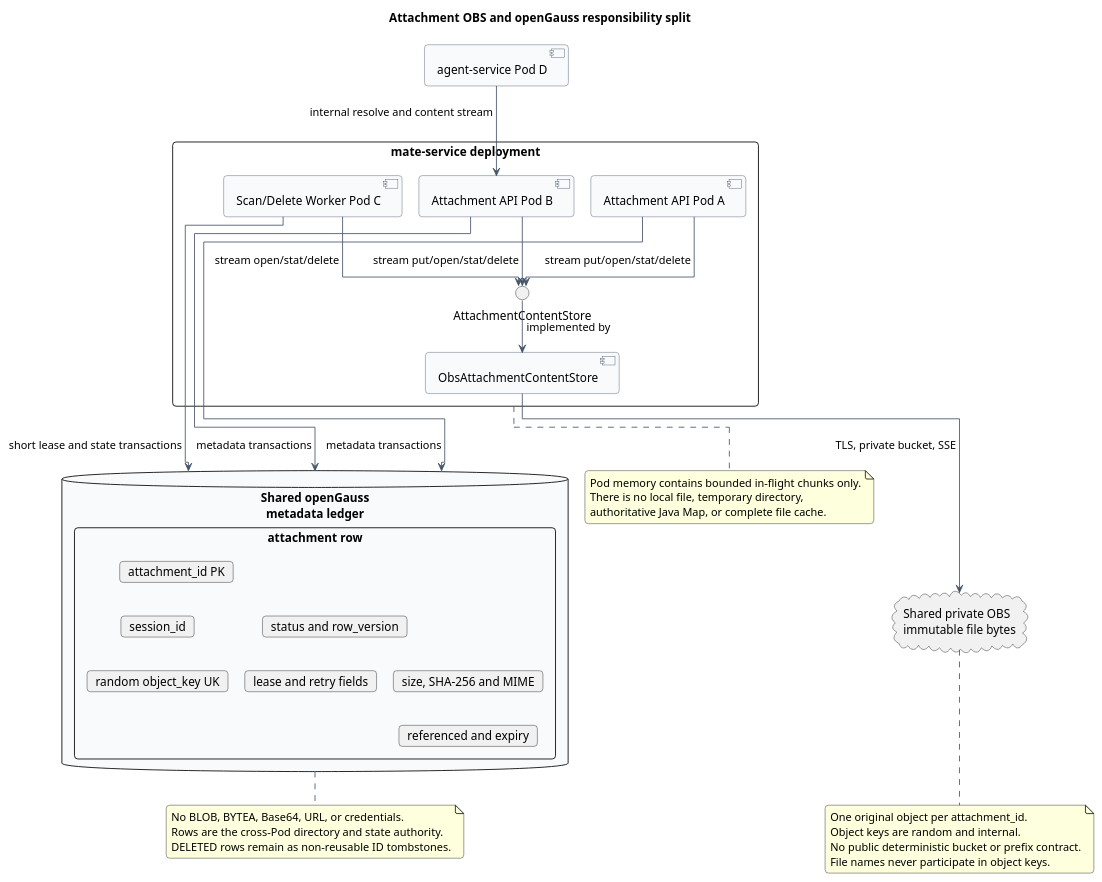
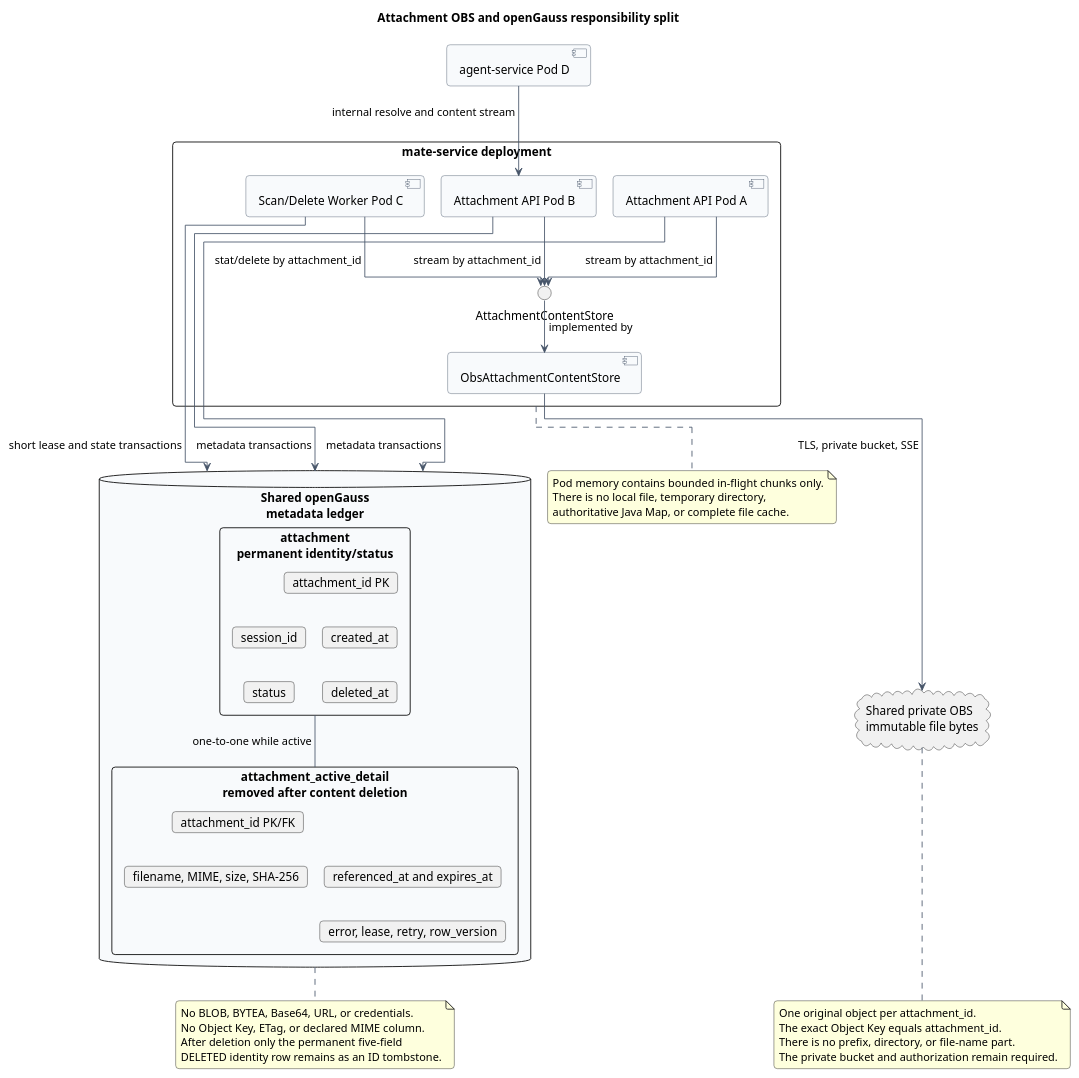
The second of 4 diagrams in campusmate-attachment-service/diagram.puml (superheromeZzh/pi-mono-java-design), drawn with PlantUML before and after one commit. The commit also changed other lines of this file and 18 other files, not shown here.

```diff
--- a/campusmate-attachment-service/diagram.puml
+++ b/campusmate-attachment-service/diagram.puml
@@ -106,81 +108,89 @@
 @startuml attachment_obs_opengauss_storage_split
 !pragma layout elk
 title Attachment OBS and openGauss responsibility split
 left to right direction
 
 ' Source evidence (pi-mono fc85bdd88be93b1e9a6b6bcfa41c684282ec79cc):
 ' packages/ai/src/types.ts, ImageContent, lines 345-349
 ' Source evidence (pi-mono-java 1f7a5423219edfa4519d8719f1cc8a188ed72873):
 ' modules/ai/src/main/java/com/campusclaw/ai/types/ImageContent.java, lines 9-18
 ' External evidence: openGauss 7.0.0-RC3 SQL Reference, Binary Types.
 ' Observed behavior: source images are inline base64; neither baseline defines
 ' a shared large-object authority for generic PDF, script, or document inputs.
 ' Target design: shared OBS owns immutable bytes and shared openGauss owns the
 ' resource directory, state machine, authorization binding, and worker leases.
 ' Architecture change: multiple Pods depend only on shared durable services,
-' never on process memory, local disk, sticky routing, or a deterministic path.
+' never on process memory, local disk, sticky routing, or a stored key mapping.
+' Target design: the exact private OBS Object Key is attachment_id; there is no
+' object_key column, prefix, directory, file-name component, or ETag column.
 ' Design reason: isolate large-object throughput from relational state queries,
 ' WAL, database replication, and database backup and restore operations.
 
 skinparam backgroundColor #FFFFFF
 skinparam shadowing false
 skinparam roundcorner 8
 skinparam ArrowColor #475569
 skinparam ComponentBorderColor #475569
 skinparam ComponentBackgroundColor #F8FAFC
 skinparam DatabaseBorderColor #475569
 skinparam DatabaseBackgroundColor #F8FAFC
 
 rectangle "mate-service deployment" as Mate {
   component "Attachment API Pod A" as PodA
   component "Attachment API Pod B" as PodB
   component "Scan/Delete Worker Pod C" as PodC
   interface "AttachmentContentStore" as Port
   component "ObsAttachmentContentStore" as Adapter
 
-  PodA --> Port : stream put/open/stat/delete
-  PodB --> Port : stream put/open/stat/delete
-  PodC --> Port : stream open/stat/delete
+  PodA --> Port : stream by attachment_id
+  PodB --> Port : stream by attachment_id
+  PodC --> Port : stat/delete by attachment_id
   Port -down-> Adapter : implemented by
 }
 
 database "Shared openGauss\nmetadata ledger" as DB {
-  rectangle "attachment row" as Row {
+  rectangle "attachment\npermanent identity/status" as Row {
     card "attachment_id PK" as AId
     card "session_id" as SId
-    card "random object_key UK" as Key
-    card "status and row_version" as Status
-    card "size, SHA-256 and MIME" as Integrity
-    card "referenced and expiry" as Reference
-    card "lease and retry fields" as Lease
+    card "status" as Status
+    card "created_at" as Created
+    card "deleted_at" as Deleted
   }
+  rectangle "attachment_active_detail\nremoved after content deletion" as Detail {
+    card "attachment_id PK/FK" as DetailId
+    card "filename, MIME, size, SHA-256" as Integrity
+    card "referenced_at and expires_at" as Reference
+    card "error, lease, retry, row_version" as Lease
+  }
+  Row -- Detail : one-to-one while active
 }
 
 cloud "Shared private OBS\nimmutable file bytes" as OBS
 component "agent-service Pod D" as Agent
 
 PodA --> DB : metadata transactions
 PodB --> DB : metadata transactions
 PodC --> DB : short lease and state transactions
 Adapter --> OBS : TLS, private bucket, SSE
 Agent --> PodB : internal resolve and content stream
 
 note bottom of DB
 No BLOB, BYTEA, Base64, URL, or credentials.
-Rows are the cross-Pod directory and state authority.
-DELETED rows remain as non-reusable ID tombstones.
+No Object Key, ETag, or declared MIME column.
+After deletion only the permanent five-field
+DELETED identity row remains as an ID tombstone.
 end note
 
 note bottom of OBS
 One original object per attachment_id.
-Object keys are random and internal.
-No public deterministic bucket or prefix contract.
-File names never participate in object keys.
+The exact Object Key equals attachment_id.
+There is no prefix, directory, or file-name part.
+The private bucket and authorization remain required.
 end note
 
 note bottom of Mate
 Pod memory contains bounded in-flight chunks only.
 There is no local file, temporary directory,
 authoritative Java Map, or complete file cache.
 end note
 @enduml
```
